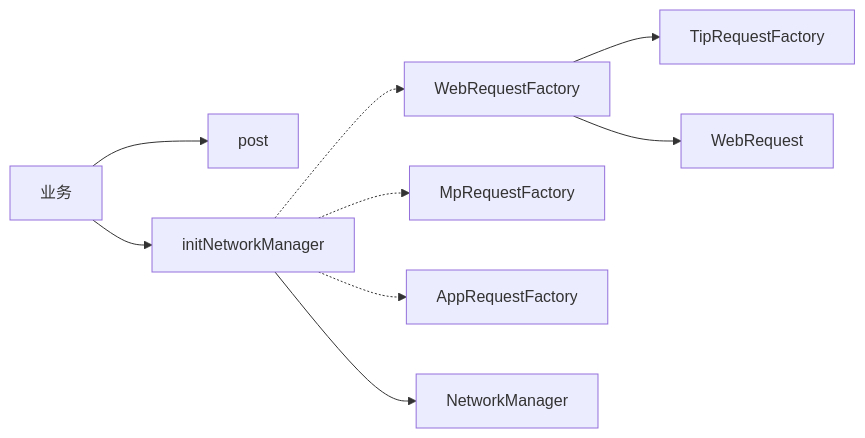
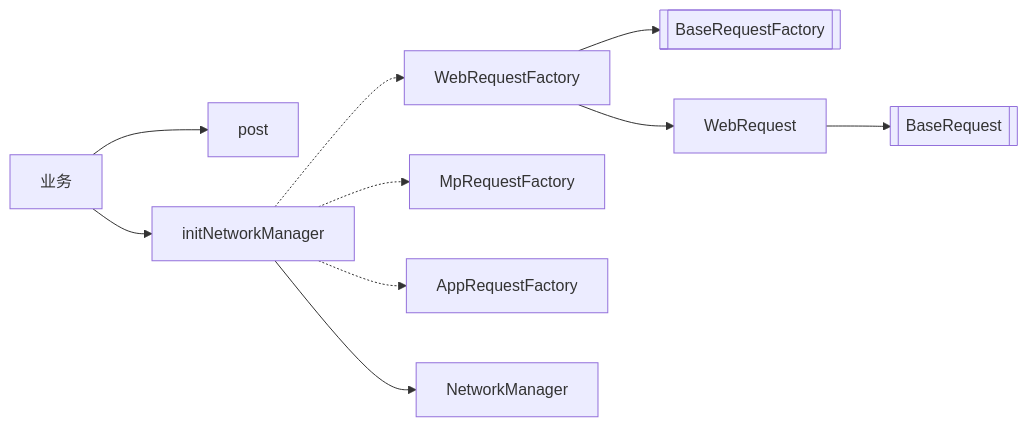
Before and after one commit to novlan1/notes: the eighth of 8 diagrams in docs/2025上/pmd-network.md, drawn with Mermaid. The commit also changed other lines of this file, not shown here.

````diff
--- a/docs/2025上/pmd-network.md
+++ b/docs/2025上/pmd-network.md
@@ -176,13 +176,15 @@
 ```mermaid
 graph LR
 business[业务] --> post
 business --> initNetworkManager
 
 initNetworkManager -.-> WebRequestFactory
 initNetworkManager -.-> MpRequestFactory
 initNetworkManager -.-> AppRequestFactory
 initNetworkManager --> NetworkManager
 
-WebRequestFactory --> TipRequestFactory
+WebRequestFactory --> BaseRequestFactory[[BaseRequestFactory]]
 WebRequestFactory --> WebRequest
+
+WebRequest --> BaseRequest[[BaseRequest]]
 ```
````
